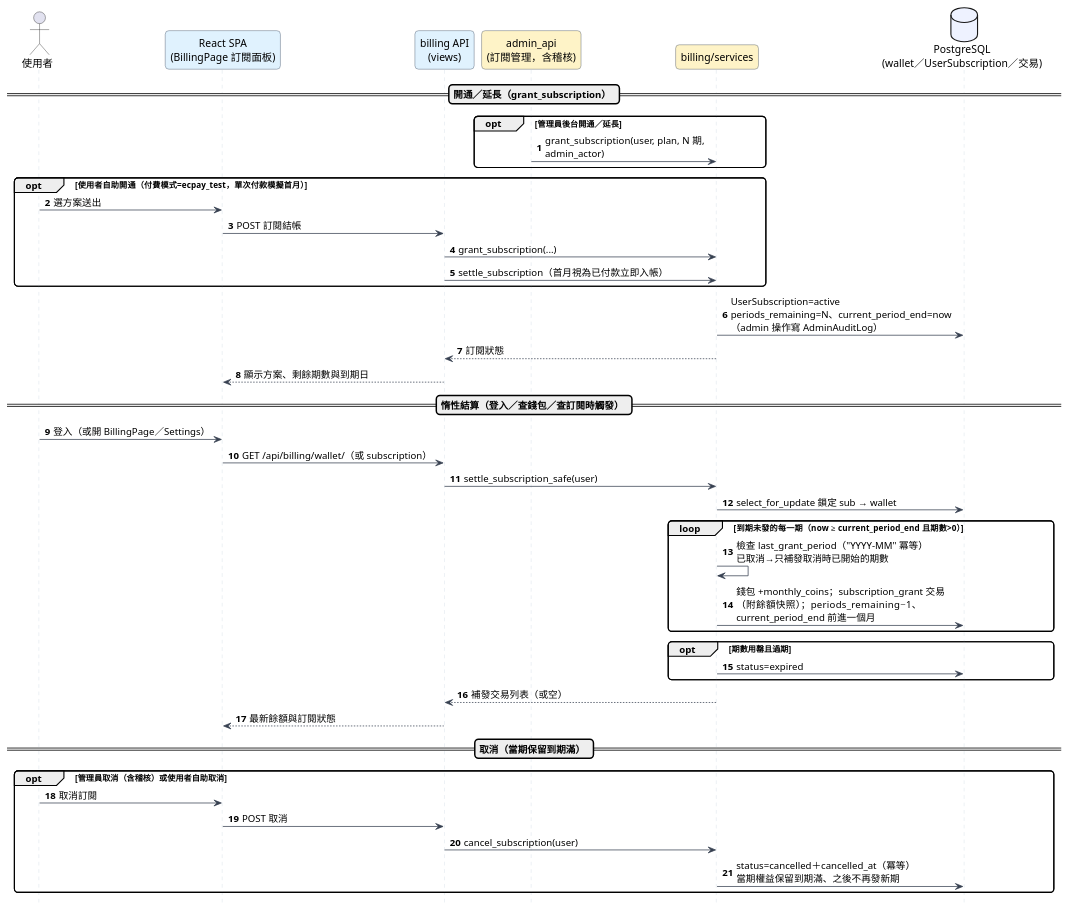
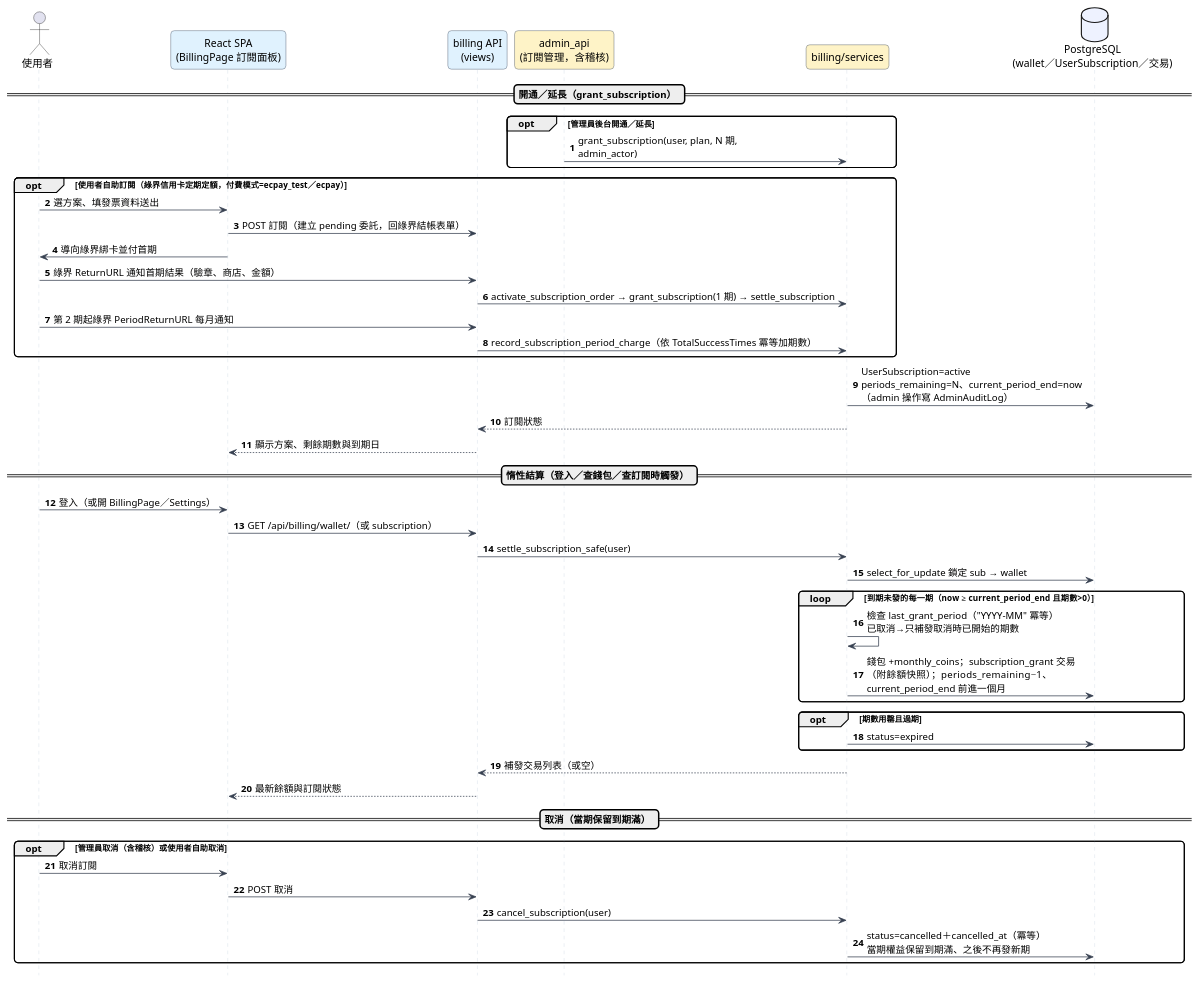
One commit to Djude1/Argus_WebsiteDiagnosticPlatform changed diagram 23 of 25 in 專題文件生成/設計文件_圖表與成本模組.md. Above: the diagram before and after it, drawn with PlantUML. The commit also changed other lines of this file and 77 other files, not shown here.

````diff
--- a/專題文件生成/設計文件_圖表與成本模組.md
+++ b/專題文件生成/設計文件_圖表與成本模組.md
@@ -1275,60 +1275,63 @@
 ```plantuml
 @startuml
 skinparam defaultFontName Microsoft JhengHei
 skinparam shadowing false
 skinparam roundcorner 10
 skinparam sequence {
   ArrowColor #374151
   LifeLineBorderColor #CBD5E1
   LifeLineBackgroundColor #F8FAFC
   ParticipantBorderColor #334155
   ParticipantBackgroundColor #E0F2FE
 }
 hide footbox
 autonumber
 
 actor "使用者" as User
 participant "React SPA\n(BillingPage 訂閱面板)" as SPA
 participant "billing API\n(views)" as API #E0F2FE
 participant "admin_api\n(訂閱管理，含稽核)" as Admin #FEF3C7
 participant "billing/services" as Svc #FEF3C7
 database "PostgreSQL\n(wallet／UserSubscription／交易)" as DB #EEF2FF
 
 == 開通／延長（grant_subscription） ==
 opt 管理員後台開通／延長
   Admin -> Svc : grant_subscription(user, plan, N 期,\nadmin_actor)
 end
-opt 使用者自助開通（付費模式=ecpay_test，單次付款模擬首月）
-  User -> SPA : 選方案送出
-  SPA -> API : POST 訂閱結帳
-  API -> Svc : grant_subscription(...)
-  API -> Svc : settle_subscription（首月視為已付款立即入帳）
+opt 使用者自助訂閱（綠界信用卡定期定額，付費模式=ecpay_test／ecpay）
+  User -> SPA : 選方案、填發票資料送出
+  SPA -> API : POST 訂閱（建立 pending 委託，回綠界結帳表單）
+  SPA -> User : 導向綠界綁卡並付首期
+  User -> API : 綠界 ReturnURL 通知首期結果（驗章、商店、金額）
+  API -> Svc : activate_subscription_order → grant_subscription(1 期) → settle_subscription
+  User -> API : 第 2 期起綠界 PeriodReturnURL 每月通知
+  API -> Svc : record_subscription_period_charge（依 TotalSuccessTimes 冪等加期數）
 end
 Svc -> DB : UserSubscription=active\nperiods_remaining=N、current_period_end=now\n（admin 操作寫 AdminAuditLog）
 Svc --> API : 訂閱狀態
 API --> SPA : 顯示方案、剩餘期數與到期日
 
 == 惰性結算（登入／查錢包／查訂閱時觸發） ==
 User -> SPA : 登入（或開 BillingPage／Settings）
 SPA -> API : GET /api/billing/wallet/（或 subscription）
 API -> Svc : settle_subscription_safe(user)
 Svc -> DB : select_for_update 鎖定 sub → wallet
 loop 到期未發的每一期（now ≥ current_period_end 且期數>0）
   Svc -> Svc : 檢查 last_grant_period（"YYYY-MM" 冪等）\n已取消→只補發取消時已開始的期數
   Svc -> DB : 錢包 +monthly_coins；subscription_grant 交易\n（附餘額快照）；periods_remaining−1、\ncurrent_period_end 前進一個月
 end
 opt 期數用罄且過期
   Svc -> DB : status=expired
 end
 Svc --> API : 補發交易列表（或空）
 API --> SPA : 最新餘額與訂閱狀態
 
 == 取消（當期保留到期滿） ==
 opt 管理員取消（含稽核）或使用者自助取消
   User -> SPA : 取消訂閱
   SPA -> API : POST 取消
   API -> Svc : cancel_subscription(user)
   Svc -> DB : status=cancelled＋cancelled_at（冪等）\n當期權益保留到期滿、之後不再發新期
 end
 @enduml
 ```
````
